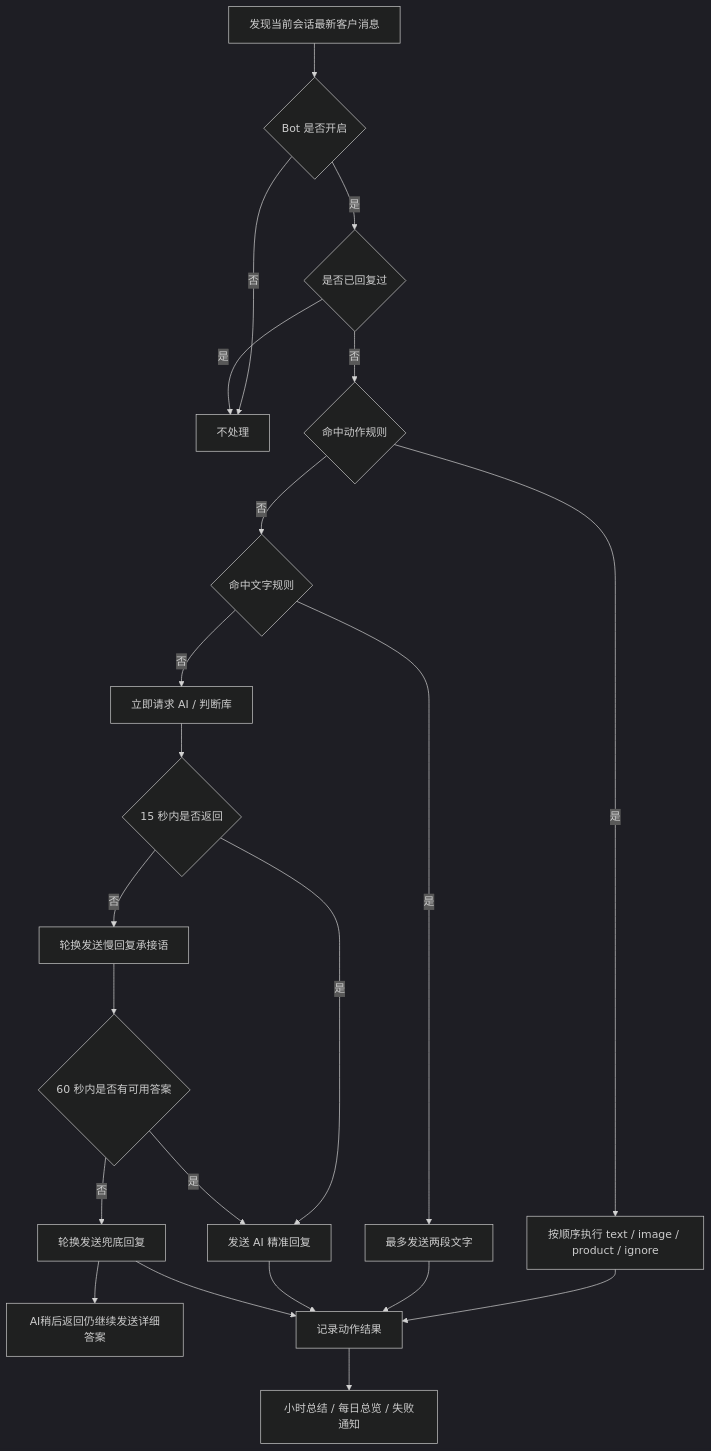
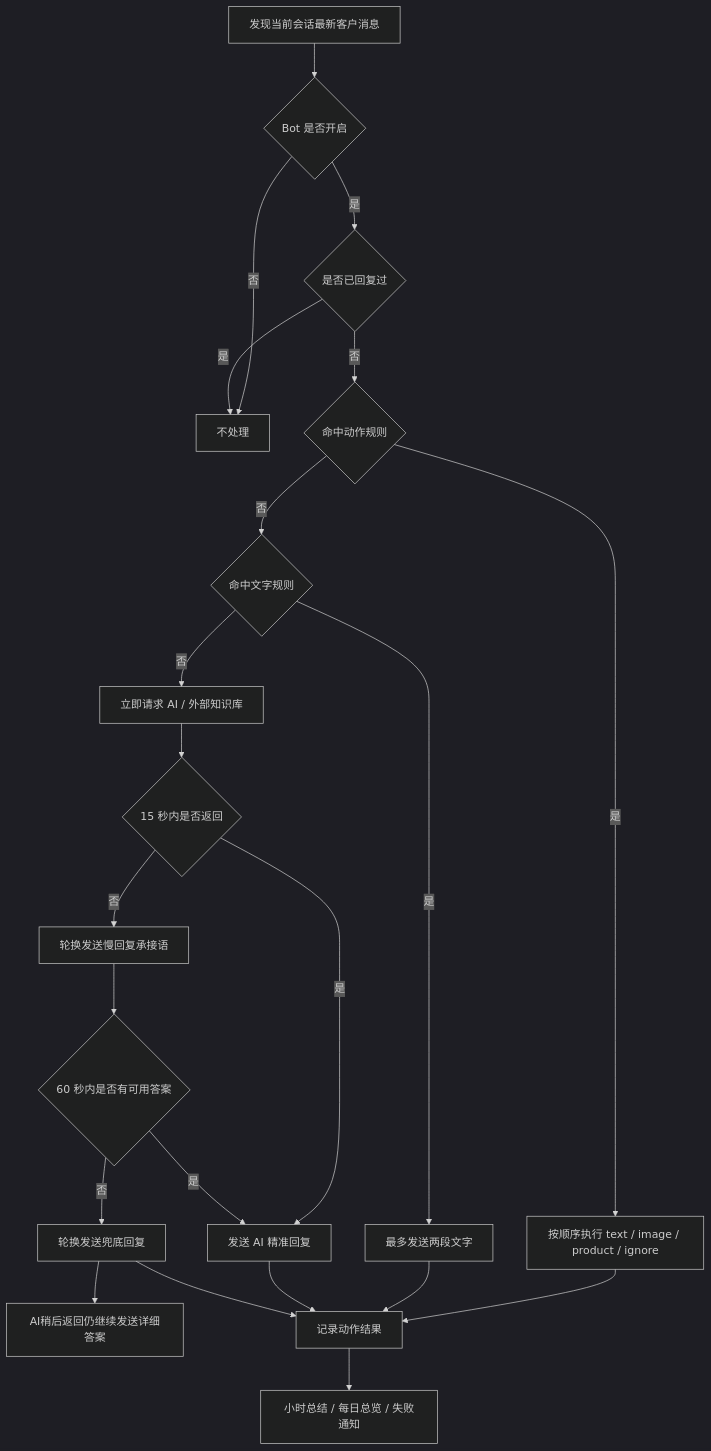
One commit to JahanHe/wechat-autoreply changed the second of 3 diagrams in docs/rich-user-guide.md. Above: the diagram before and after it, drawn with Mermaid (dark theme). The commit also changed other lines of this file and 43 other files, not shown here.

````diff
--- a/docs/rich-user-guide.md
+++ b/docs/rich-user-guide.md
@@ -74,24 +74,24 @@
 ```mermaid
 flowchart TD
   A["发现当前会话最新客户消息"] --> B{"Bot 是否开启"}
   B -- "否" --> Z["不处理"]
   B -- "是" --> C{"是否已回复过"}
   C -- "是" --> Z
   C -- "否" --> D{"命中动作规则"}
   D -- "是" --> E["按顺序执行 text / image / product / ignore"]
   D -- "否" --> F{"命中文字规则"}
   F -- "是" --> G["最多发送两段文字"]
-  F -- "否" --> H["立即请求 AI / 判断库"]
+  F -- "否" --> H["立即请求 AI / 外部知识库"]
   H --> I{"15 秒内是否返回"}
   I -- "否" --> L["轮换发送慢回复承接语"]
   I -- "是" --> M["发送 AI 精准回复"]
   L --> N{"60 秒内是否有可用答案"}
   N -- "是" --> M
   N -- "否" --> O["轮换发送兜底回复"]
   O --> P["AI稍后返回仍继续发送详细答案"]
   E --> J["记录动作结果"]
   G --> J
   M --> J
   O --> J
   J --> K["小时总结 / 每日总览 / 失败通知"]
 ```
````
